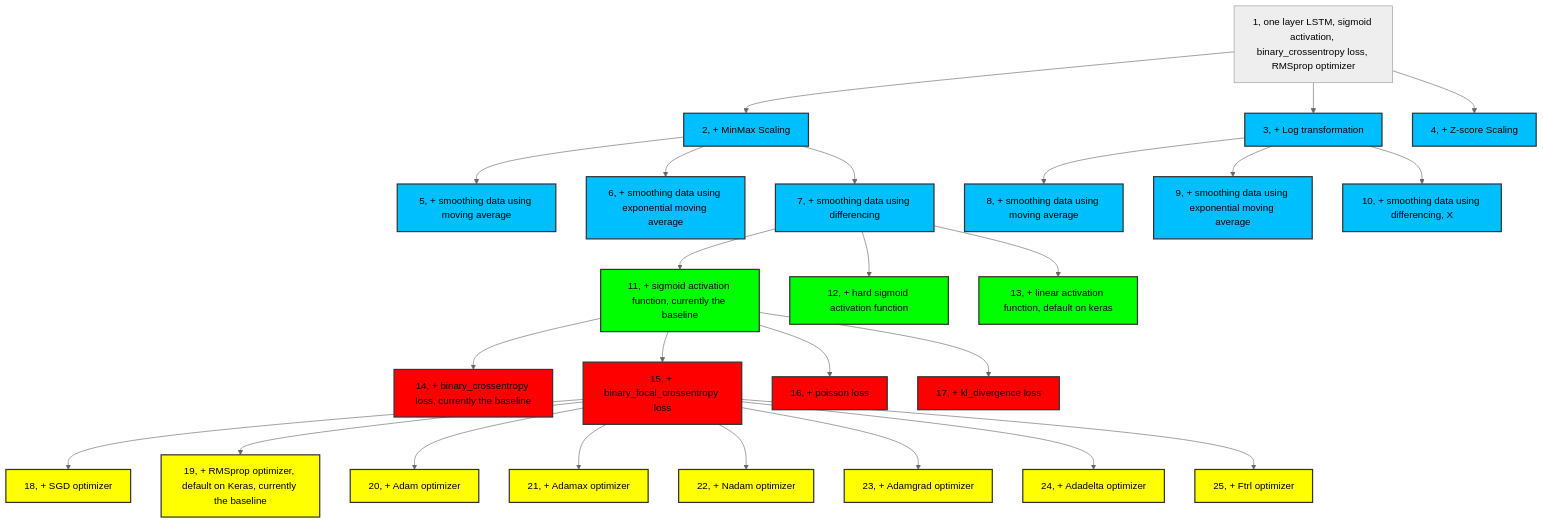
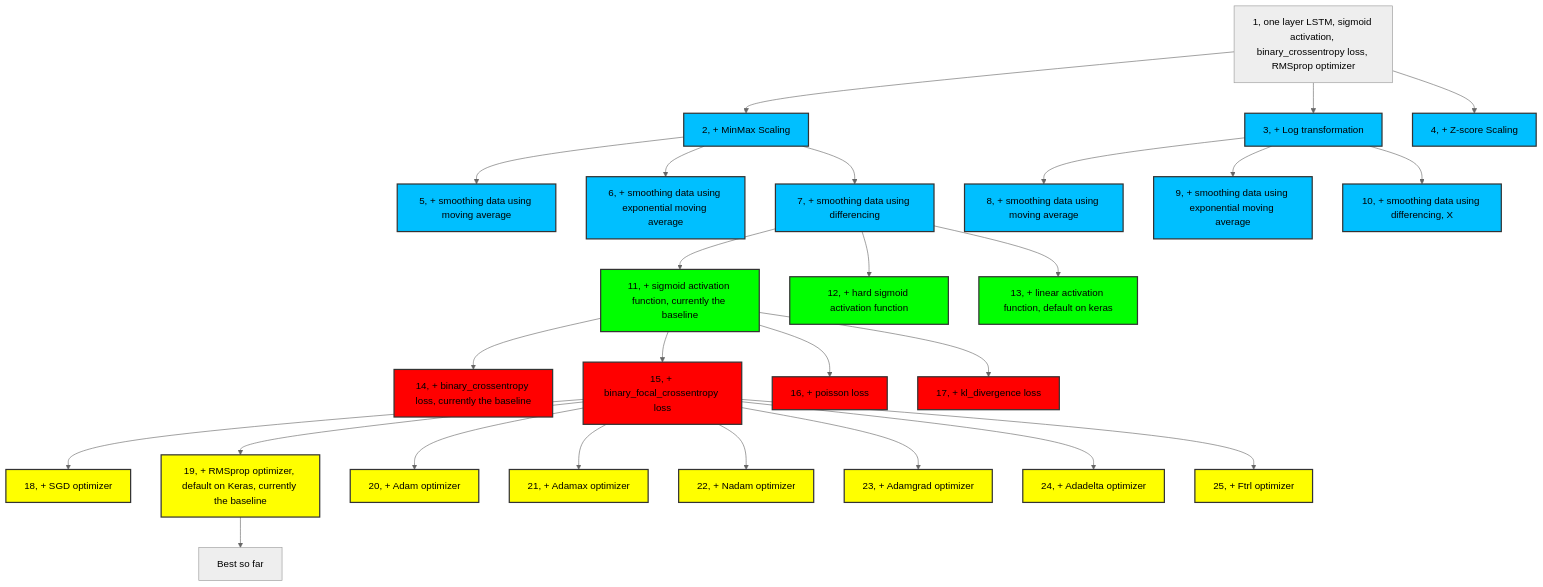
The diagram in src/models/LSTM/LSTM_classifier/experiment_hierarchy.md (zihaozeng0021/currency-exchange-rate-forecasting), drawn with Mermaid (neutral theme) before and after one commit. The commit also changed 47 other files, not shown here.

````diff
--- a/src/models/LSTM/LSTM_classifier/experiment_hierarchy.md
+++ b/src/models/LSTM/LSTM_classifier/experiment_hierarchy.md
@@ -1,44 +1,45 @@
 ```mermaid
 graph TD
     1[1, one layer LSTM, sigmoid activation, binary_crossentropy loss, RMSprop optimizer] --> 2[2, + MinMax Scaling]
     1 --> 3[3, + Log transformation]
     1 --> 4[4, + Z-score Scaling]
     2 --> 5[5, + smoothing data using moving average]
     2 --> 6[6, + smoothing data using exponential moving average]
     2 --> 7[7, + smoothing data using differencing]
     3 --> 8[8, + smoothing data using moving average]
     3 --> 9[9, + smoothing data using exponential moving average]
     3 --> 10[10, + smoothing data using differencing, X]
     7 --> 11[11, + sigmoid activation function, currently the baseline]
     7 --> 12[12, + hard sigmoid activation function]
     7 --> 13[13, + linear activation function, default on keras]
     11 --> 14[14, + binary_crossentropy loss, currently the baseline]
     11 --> 15[15, + binary_focal_crossentropy loss]
     11 --> 16[16, + poisson loss]
     11 --> 17[17, + kl_divergence loss]
     15 --> 18[18, + SGD optimizer]
     15 --> 19[19, + RMSprop optimizer, default on Keras, currently the baseline]
     15 --> 20[20, + Adam optimizer]
     15 --> 21[21, + Adamax optimizer]
     15 --> 22[22, + Nadam optimizer]
     15 --> 23[23, + Adamgrad optimizer]
     15 --> 24[24, + Adadelta optimizer]
     15 --> 25[25, + Ftrl optimizer]
+    19 --> 26[Best so far]
     
     
     
     
     classDef brightBlue fill:#00BFFF,stroke:#333,stroke-width:2px;
     class 2,3,4,5,6,7,8,9,10 brightBlue;
     
     classDef brightGreen fill:#00FF00,stroke:#333,stroke-width:2px;
     class 11,12,13 brightGreen;
     
     classDef brightRed fill:#FF0000,stroke:#333,stroke-width:2px;
     class 14,15,16,17 brightRed;
     
     classDef brightYellow fill:#FFFF00,stroke:#333,stroke-width:2px;
     class 18,19,20,21,22,23,24,25 brightYellow;
     
     
 ```
````
